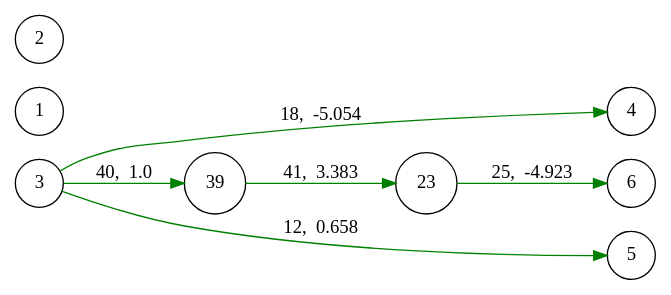
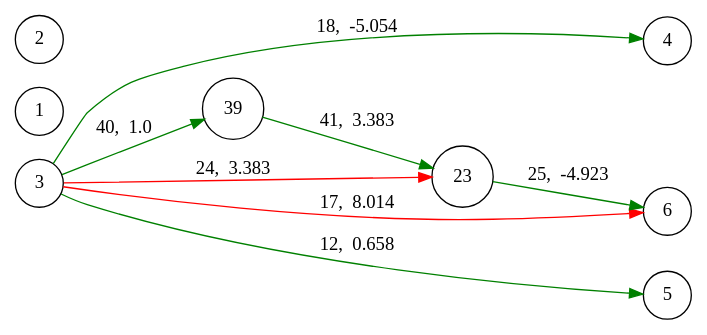
The diagram in neat_0_5.dot (Rithvik-Reddy-Adapa/NEATJulia), drawn with Graphviz before and after one commit. The commit also changed 11 other files, not shown here.

```diff
--- a/neat_0_5.dot
+++ b/neat_0_5.dot
@@ -1,13 +1,15 @@
 digraph {
 	rankdir=LR;
 	node [shape=circle];
+	3->6[color=red,label="17,  8.014",penwidth=1.0];
 	3->4[color=green,label="18,  -5.054",penwidth=1.0];
+	3->23[color=red,label="24,  3.383",penwidth=1.0];
 	3->39[color=green,label="40,  1.0",penwidth=1.0];
 	3->5[color=green,label="12,  0.658",penwidth=1.0];
 	{rank=same; 1, 2, 3}
 	39->23[color=green,label="41,  3.383",penwidth=1.0];
 	{rank=same; 39}
 	23->6[color=green,label="25,  -4.923",penwidth=1.0];
 	{rank=same; 23}
 	{rank=same; 4, 5, 6}
 }
```
